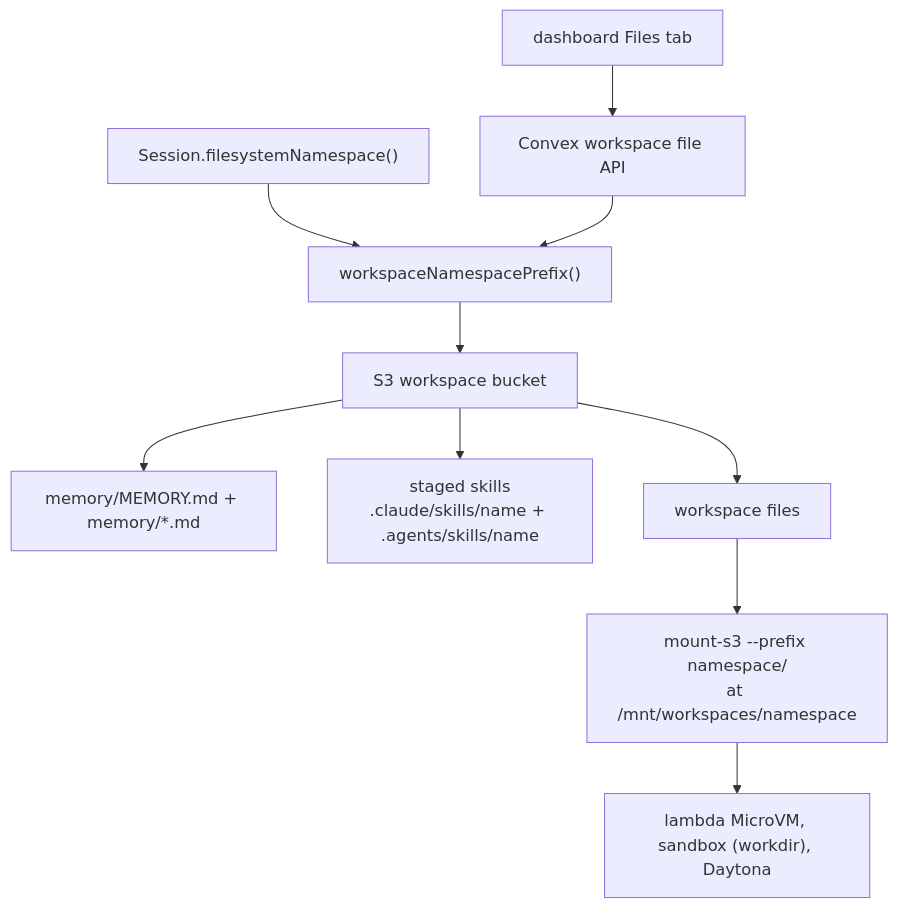
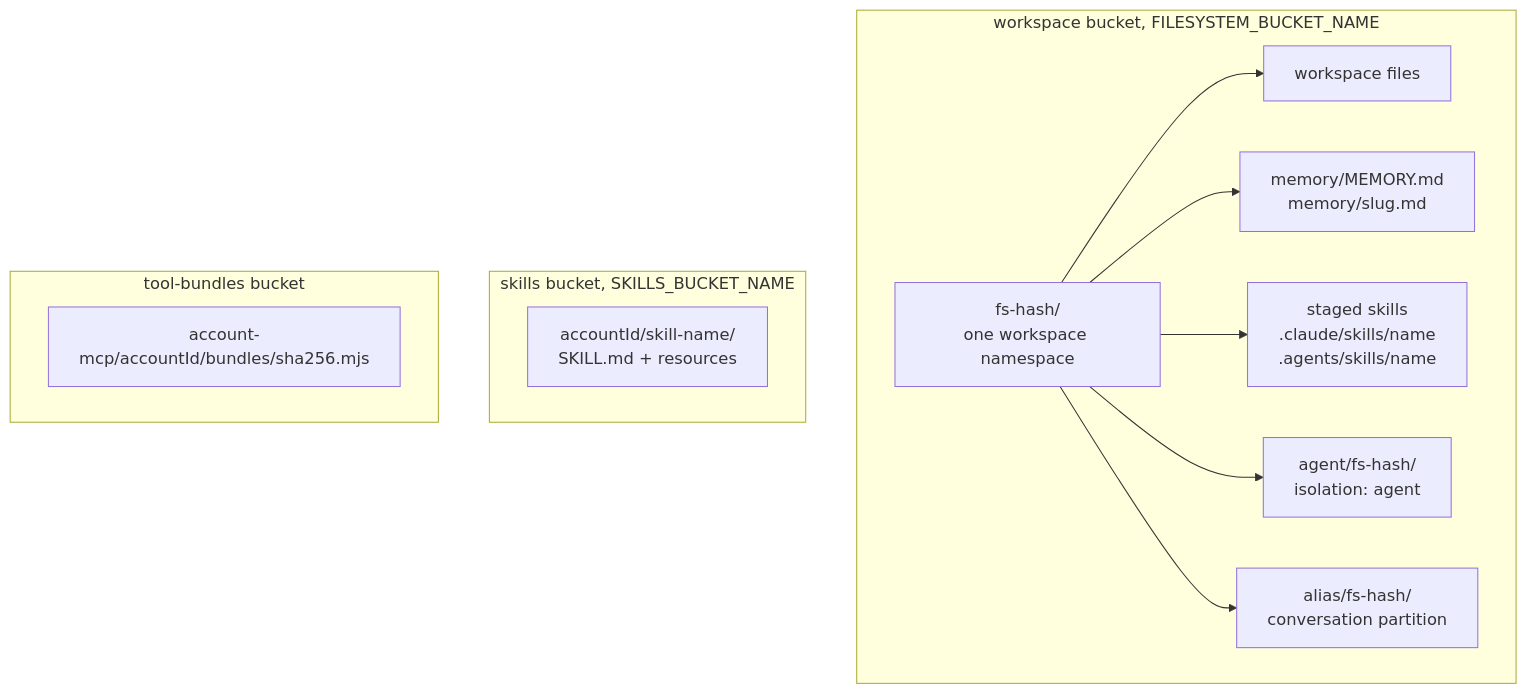
One commit to beeblastco/broods changed the first of 8 diagrams in apps/docs/docs/internals/storage.md. Above: the diagram before and after it, drawn with Mermaid. The commit also changed other lines of this file and 13 other files, not shown here.

First line of the commit message:
docs(internals): diagram-first rewrite of the remaining internals pages

````diff
--- a/apps/docs/docs/internals/storage.md
+++ b/apps/docs/docs/internals/storage.md
@@ -11,12 +7,17 @@
 ```mermaid
 flowchart TD
-  NS["Session.filesystemNamespace()"] --> Prefix["workspaceNamespacePrefix()"]
-  Prefix --> S3["S3 workspace bucket"]
-  Dashboard["dashboard Files tab"] --> ConfigApi["Convex workspace file API"]
-  ConfigApi --> Prefix
-  S3 --> Memory["memory/MEMORY.md + memory/*.md"]
-  S3 --> Skills["staged skills<br/>.claude/skills/name + .agents/skills/name"]
-  S3 --> Files["workspace files"]
-  Files --> Mount["mount-s3 --prefix namespace/<br/>at /mnt/workspaces/namespace"]
-  Mount --> Providers["lambda MicroVM, sandbox (workdir), Daytona"]
+  subgraph FS["workspace bucket, FILESYSTEM_BUCKET_NAME"]
+    NS["fs-hash/<br/>one workspace namespace"]
+    NS --> Files["workspace files"]
+    NS --> Mem["memory/MEMORY.md<br/>memory/slug.md"]
+    NS --> Sk["staged skills<br/>.claude/skills/name<br/>.agents/skills/name"]
+    NS --> AgentNs["agent/fs-hash/<br/>isolation: agent"]
+    NS --> ConvNs["alias/fs-hash/<br/>conversation partition"]
+  end
+  subgraph SK["skills bucket, SKILLS_BUCKET_NAME"]
+    Skill["accountId/skill-name/<br/>SKILL.md + resources"]
+  end
+  subgraph TB["tool-bundles bucket"]
+    Bundle["account-mcp/accountId/bundles/sha256.mjs"]
+  end
 ```
````
